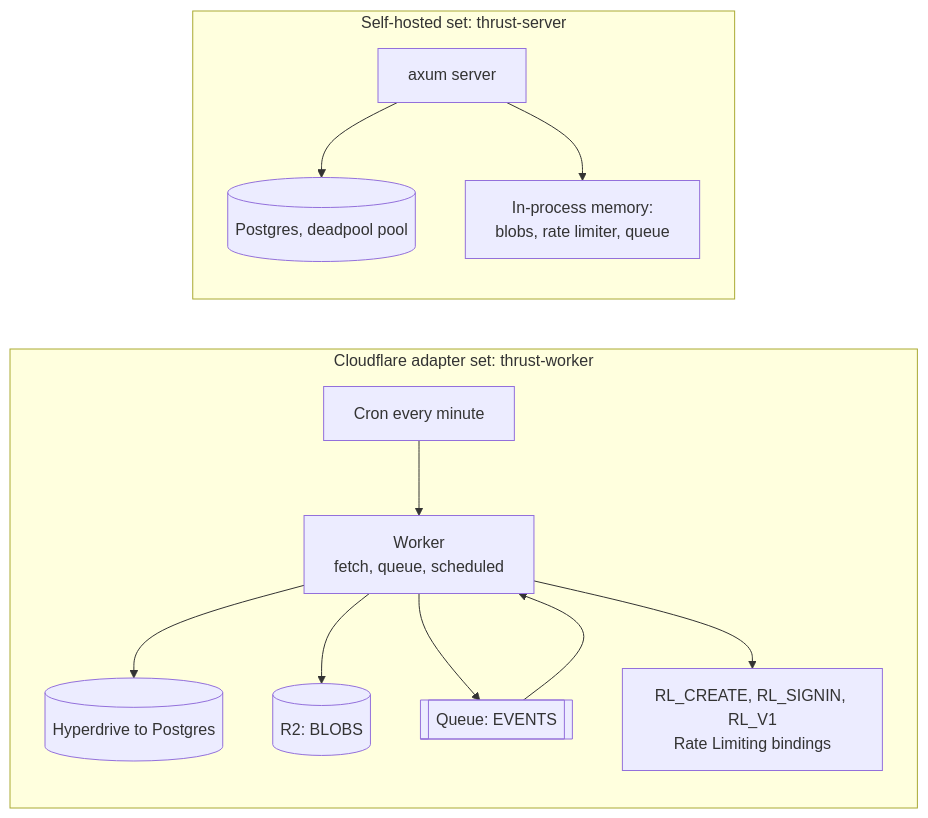
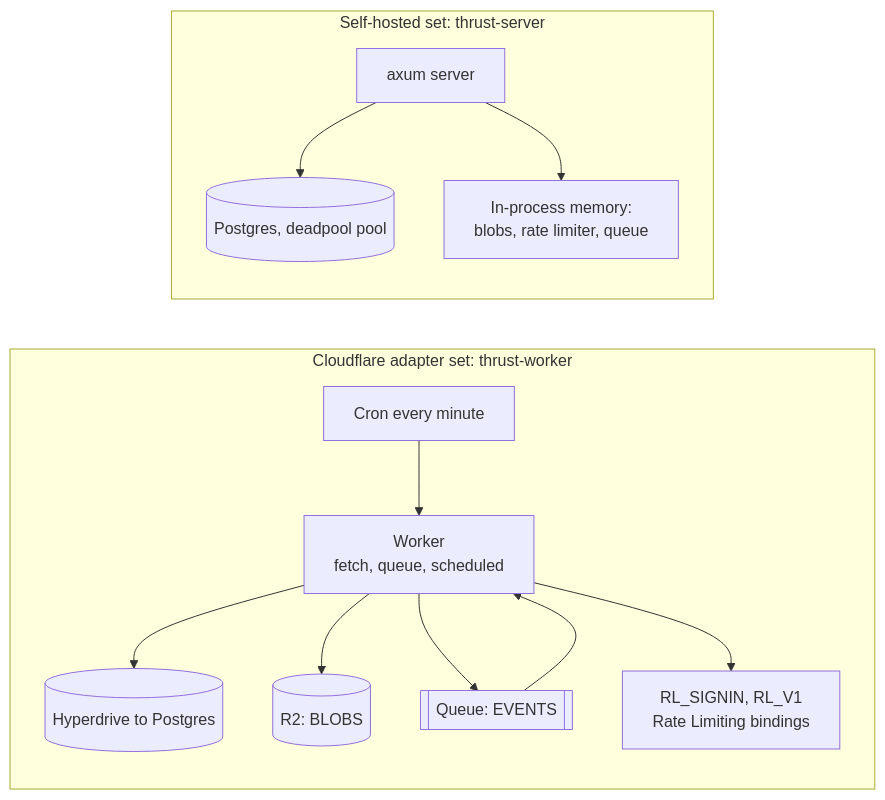
The diagram in docs/src/architecture/infra.md (aRustyDev/thrust), drawn with Mermaid before and after one commit. The commit also changed other lines of this file and 23 other files, not shown here.

First line of the commit message:
refactor(rate-limits): delete the slice's create limit, its binding and its settings (#166)

````diff
--- a/docs/src/architecture/infra.md
+++ b/docs/src/architecture/infra.md
@@ -12,17 +12,17 @@
 ```mermaid
 flowchart LR
   subgraph cf[Cloudflare adapter set: thrust-worker]
     w[Worker<br/>fetch, queue, scheduled]
     w --> hd[(Hyperdrive to Postgres)]
     w --> r2[(R2: BLOBS)]
     w --> q[[Queue: EVENTS]]
-    w --> rl[RL_CREATE, RL_SIGNIN, RL_V1<br/>Rate Limiting bindings]
+    w --> rl[RL_SIGNIN, RL_V1<br/>Rate Limiting bindings]
     cron[Cron every minute] --> w
     q --> w
   end
   subgraph sh[Self-hosted set: thrust-server]
     s[axum server]
     s --> pgn[(Postgres, deadpool pool)]
     s --> mem[In-process memory:<br/>blobs, rate limiter, queue]
   end
 ```
````
